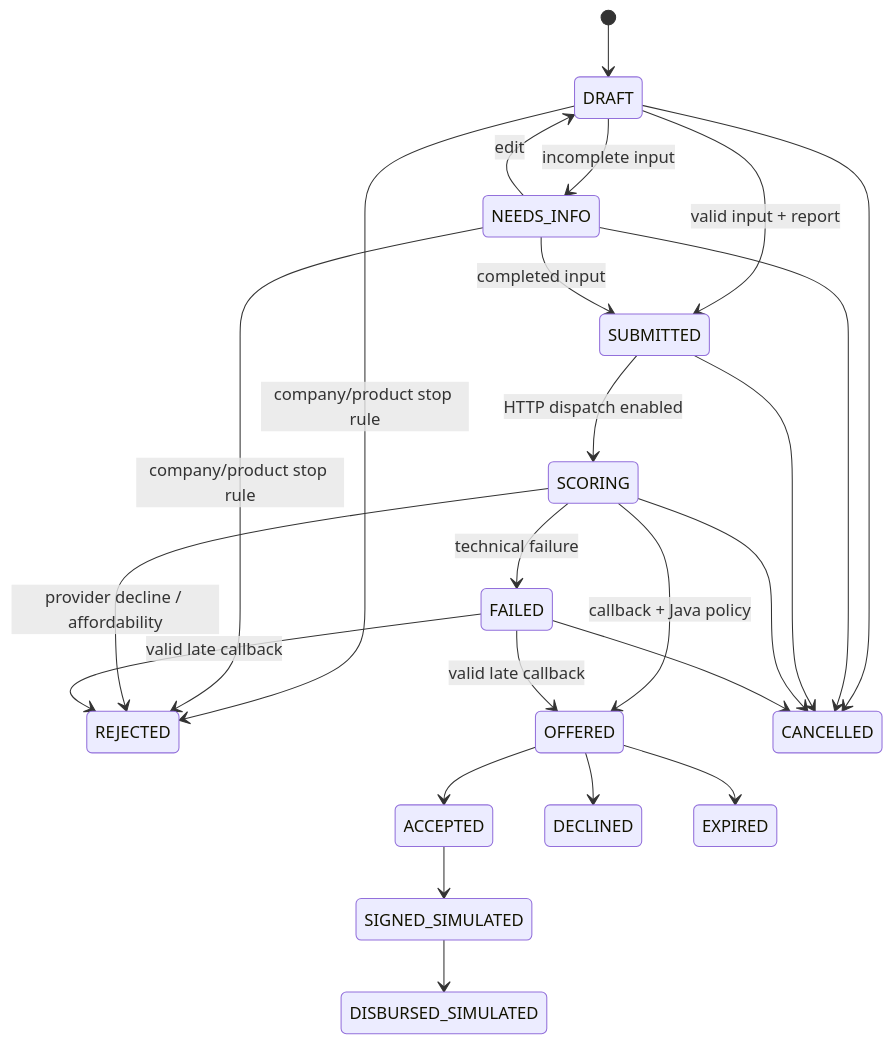
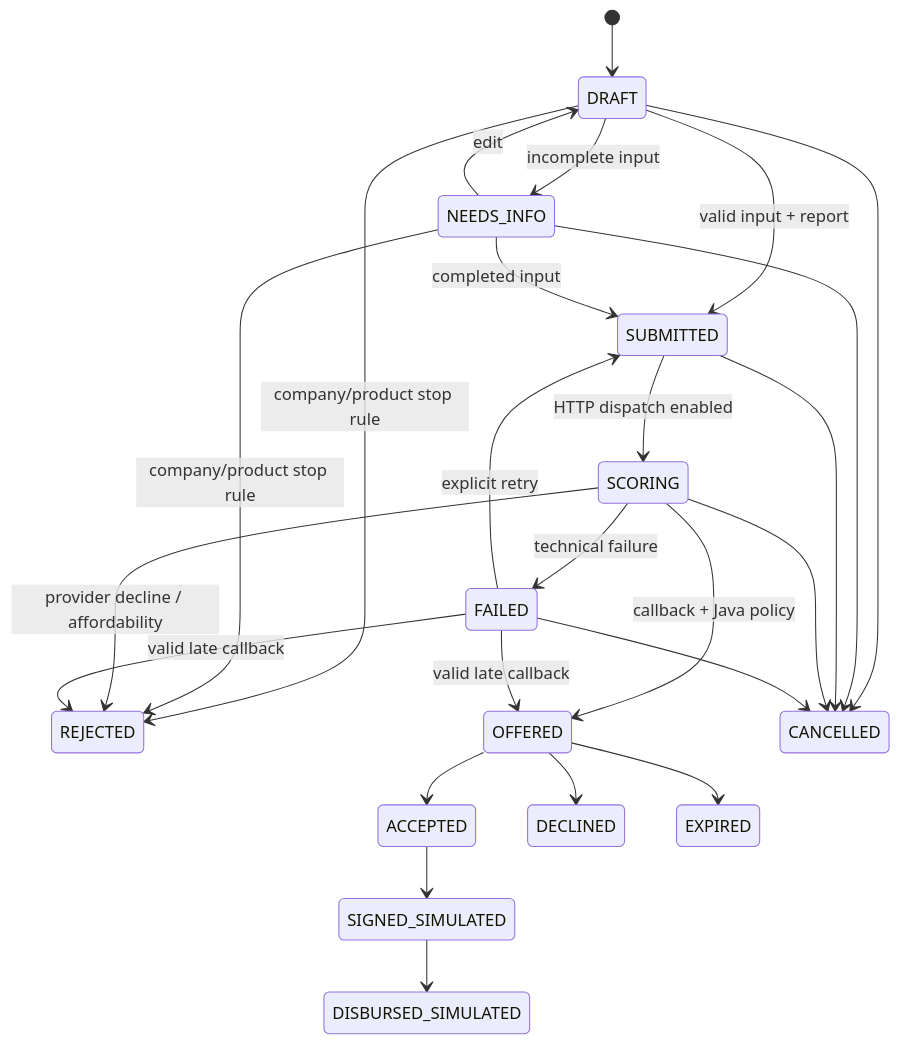
Before and after one commit to M3VV0/alfa-future-hackathon-2026: the diagram in docs/MVP_JAVA.md, drawn with Mermaid. The commit also changed other lines of this file and 52 other files, not shown here.

````diff
--- a/docs/MVP_JAVA.md
+++ b/docs/MVP_JAVA.md
@@ -104,26 +106,27 @@
 ```mermaid
 stateDiagram-v2
     [*] --> DRAFT
     DRAFT --> NEEDS_INFO: incomplete input
     NEEDS_INFO --> DRAFT: edit
     DRAFT --> SUBMITTED: valid input + report
     NEEDS_INFO --> SUBMITTED: completed input
     DRAFT --> REJECTED: company/product stop rule
     NEEDS_INFO --> REJECTED: company/product stop rule
     SUBMITTED --> SCORING: HTTP dispatch enabled
     SCORING --> OFFERED: callback + Java policy
     SCORING --> REJECTED: provider decline / affordability
     SCORING --> FAILED: technical failure
+    FAILED --> SUBMITTED: explicit retry
     FAILED --> OFFERED: valid late callback
     FAILED --> REJECTED: valid late callback
     OFFERED --> ACCEPTED
     OFFERED --> DECLINED
     OFFERED --> EXPIRED
     ACCEPTED --> SIGNED_SIMULATED
     SIGNED_SIMULATED --> DISBURSED_SIMULATED
     DRAFT --> CANCELLED
     NEEDS_INFO --> CANCELLED
     SUBMITTED --> CANCELLED
     SCORING --> CANCELLED
     FAILED --> CANCELLED
 ```
````
